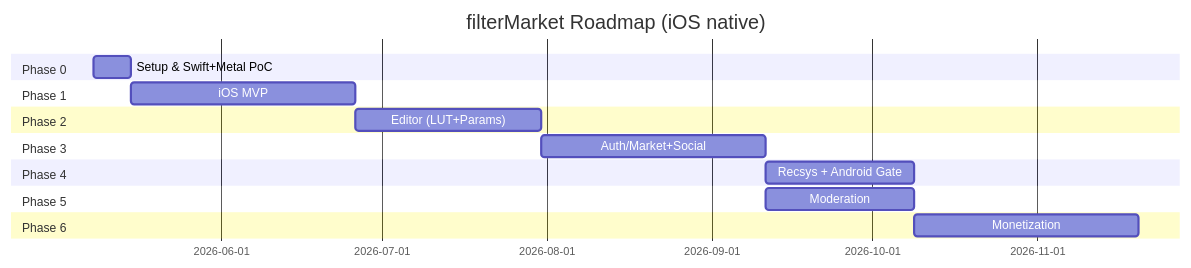
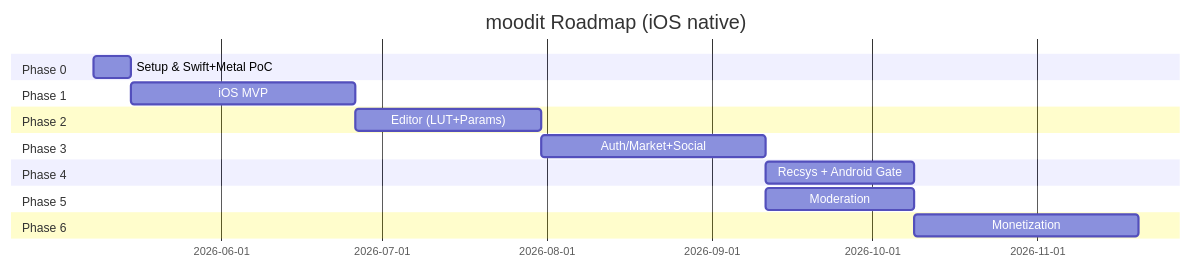
One commit to jayl2kor/filter-market changed the diagram in docs/TASK_LIST.md. Above: the diagram before and after it, drawn with Mermaid. The commit also changed other lines of this file and 111 other files, not shown here.

First line of the commit message:
chore: rename project from filterMarket to moodit

````diff
--- a/docs/TASK_LIST.md
+++ b/docs/TASK_LIST.md
@@ -298,19 +298,19 @@
 ```mermaid
 gantt
-    title filterMarket Roadmap (iOS native)
+    title moodit Roadmap (iOS native)
     dateFormat YYYY-MM-DD
     section Phase 0
     Setup & Swift+Metal PoC :p0, 2026-05-08, 7d
     section Phase 1
     iOS MVP                 :p1, after p0, 42d
     section Phase 2
     Editor (LUT+Params)     :p2, after p1, 35d
     section Phase 3
     Auth/Market+Social      :p3, after p2, 42d
     section Phase 4
     Recsys + Android Gate   :p4, after p3, 28d
     section Phase 5
     Moderation              :p5, after p3, 28d
     section Phase 6
     Monetization            :p6, after p4, 42d
 ```
````
